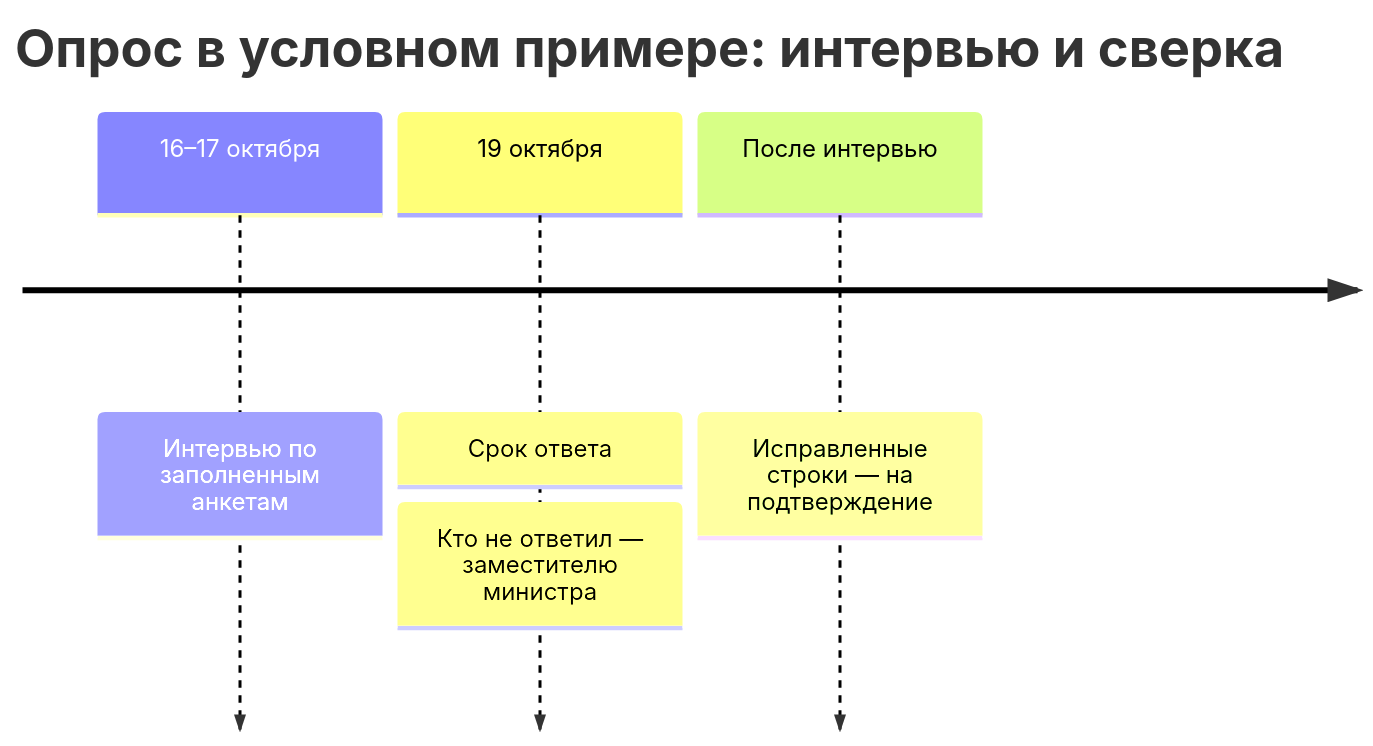
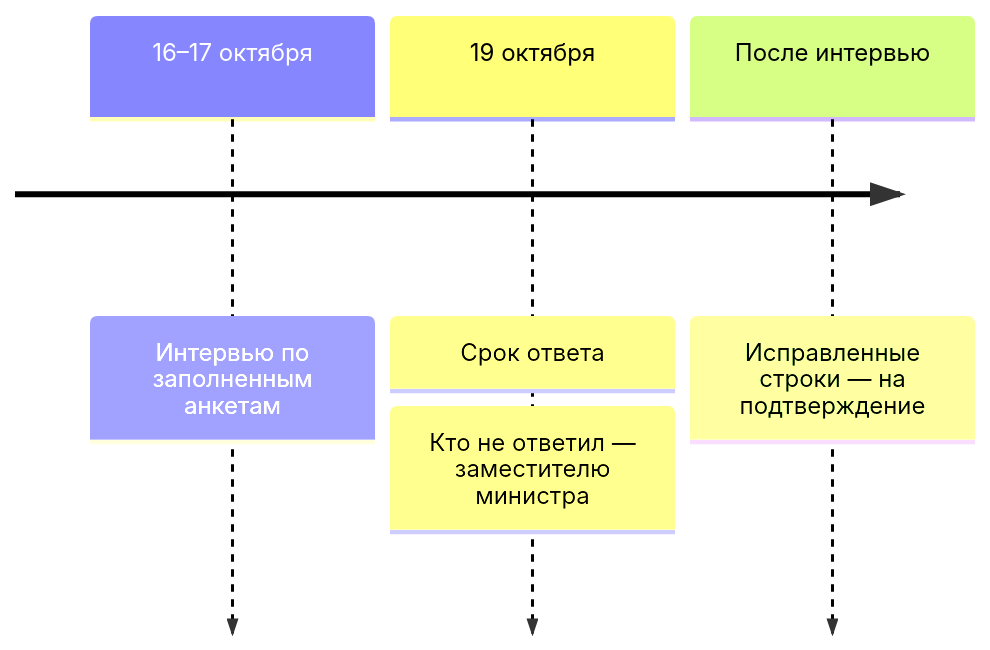
Before and after one commit to ivbeg/data-inventory: the second of 3 diagrams in docs/03-process/04-questionnaires.md, drawn with Mermaid. The commit also changed other lines of this file and 34 other files, not shown here.

First line of the commit message:
Читаемая карта от продукта и единый размер схем в PDF

````diff
--- a/docs/03-process/04-questionnaires.md
+++ b/docs/03-process/04-questionnaires.md
@@ -183,7 +190,12 @@
 ```mermaid
+---
+config:
+  timeline:
+    leftMargin: 0
+    padding: 10
+---
 timeline
-  title Опрос в условном примере: интервью и сверка
   16–17 октября : Интервью по заполненным анкетам
   19 октября : Срок ответа : Кто не ответил — заместителю министра
   После интервью : Исправленные строки — на подтверждение
 ```
````
